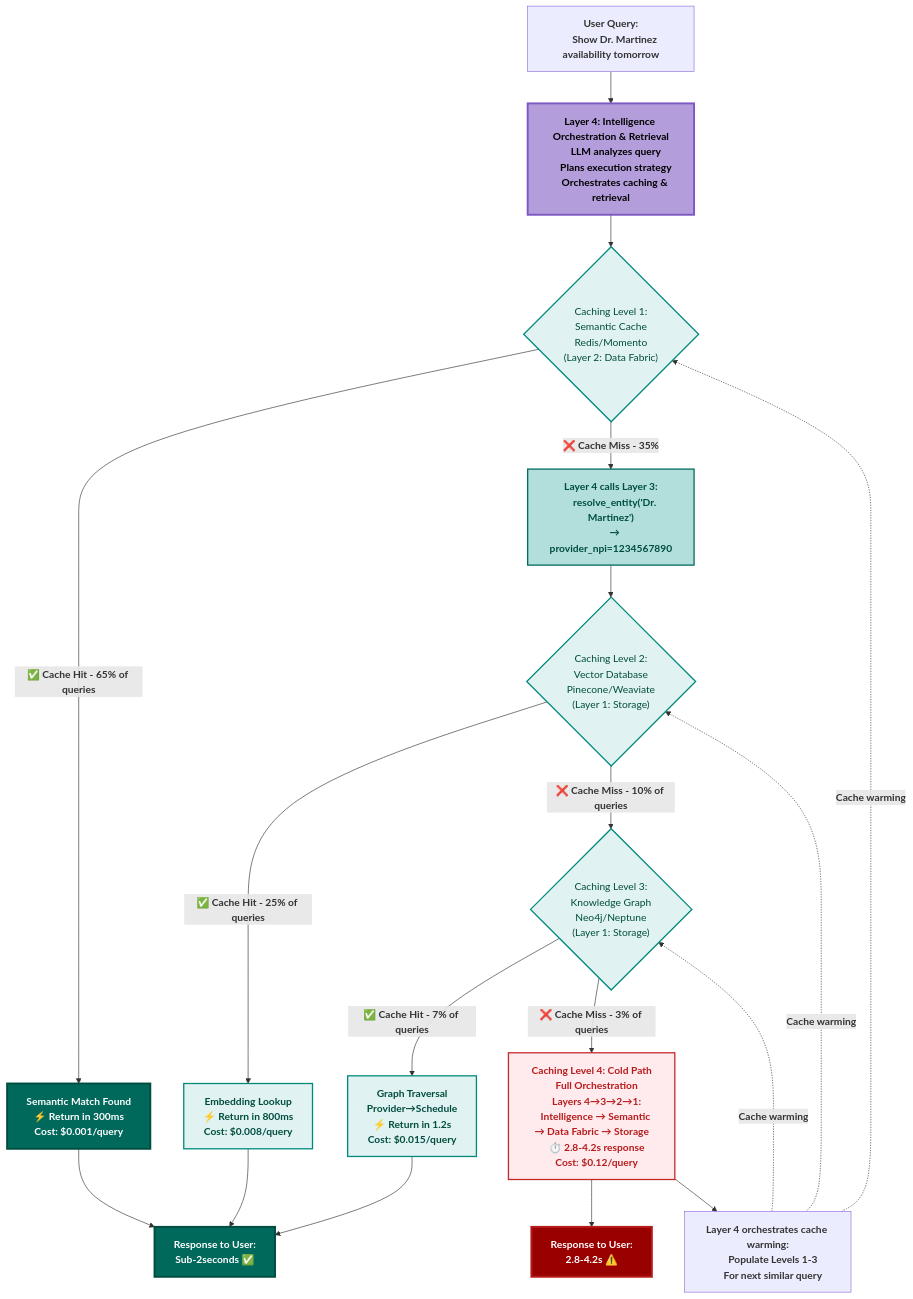
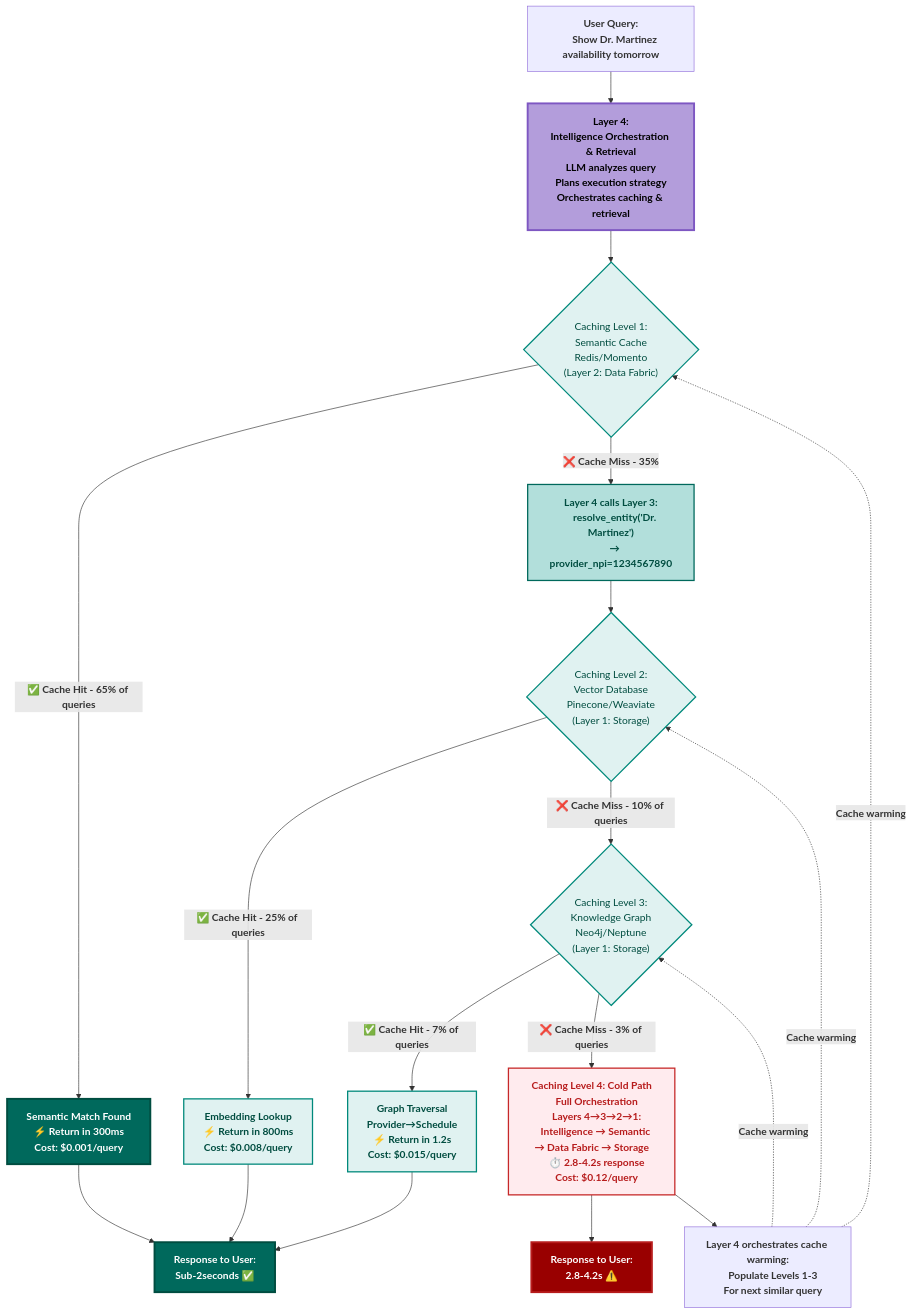
Before and after one commit to colaberry/enterprise-data-readiness-ai-agents: the fifth of 11 diagrams in chapter-02/chapter_2_complete.md, drawn with Mermaid. The commit also changed other lines of this file, not shown here.

````diff
--- a/chapter-02/chapter_2_complete.md
+++ b/chapter-02/chapter_2_complete.md
@@ -686,77 +686,74 @@
 ```mermaid
 graph TD
     Q["<b>User Query:
     Show Dr. Martinez availability tomorrow</b>"]
     
-    Q --> L4["<b>Layer 4: Intelligence Orchestration & Retrieval
-    LLM analyzes query
-    Plans execution strategy
-    Orchestrates caching & retrieval</b>"]
+    Q --> L4["<b>Layer 4:</b><br/><b>Intelligence Orchestration & Retrieval</b><br/><b>LLM analyzes query</b><br/><b>Plans execution strategy</b><br/><b>Orchestrates caching & retrieval</b>"]
     
     L4 --> L1{"Caching Level 1:
     Semantic Cache
     Redis/Momento
     (Layer 2: Data Fabric)"}
     
     L1 -->|<b>✅ Cache Hit - 65% of queries</b>| C1["<b>Semantic Match Found
     ⚡ Return in 300ms
     Cost: $0.001/query</b>"]
     
     L1 -->|<b>❌ Cache Miss - 35%</b>| RESOLVE["<b>Layer 4 calls Layer 3:
     resolve_entity('Dr. Martinez')
     → provider_npi=1234567890</b>"]
     
     RESOLVE --> L2{"Caching Level 2:
     Vector Database
     Pinecone/Weaviate
     (Layer 1: Storage)"}
     
     L2 -->|<b>✅ Cache Hit - 25% of queries</b>| C2["<b>Embedding Lookup
     ⚡ Return in 800ms
     Cost: $0.008/query</b>"]
     
     L2 -->|<b>❌ Cache Miss - 10% of queries</b>| L3{"Caching Level 3:
     Knowledge Graph
     Neo4j/Neptune
     (Layer 1: Storage)"}
     
     L3 -->|<b>✅ Cache Hit - 7% of queries</b>| C3["<b>Graph Traversal
     Provider→Schedule
     ⚡ Return in 1.2s
     Cost: $0.015/query</b>"]
     
     L3 -->|<b>❌ Cache Miss - 3% of queries</b>| COLD["<b>Caching Level 4: Cold Path
     Full Orchestration
     Layers 4→3→2→1:
     Intelligence → Semantic → Data Fabric → Storage
     ⏱️ 2.8-4.2s response
     Cost: $0.12/query</b>"]
     
     C1 --> R["<b>Response to User:
     Sub-2seconds ✅</b>"]
     C2 --> R
     C3 --> R
     COLD --> SLOW["<b>Response to User:
     2.8-4.2s ⚠️</b>"]
     
     COLD --> U["<b>Layer 4 orchestrates cache warming:
     Populate Levels 1-3
     For next similar query</b>"]
     
     U -.->|<b>Cache warming</b>| L1
     U -.->|<b>Cache warming</b>| L2
     U -.->|<b>Cache warming</b>| L3
     
     style L4 fill:#b39ddb,stroke:#7e57c2,stroke-width:3px,color:#000000
     style RESOLVE fill:#b2dfdb,stroke:#00695c,stroke-width:2px,color:#004d40
     style C1 fill:#00695c,color:#ffffff,stroke:#004d40,stroke-width:3px
     style C2 fill:#e0f2f1,stroke:#00897b,stroke-width:2px,color:#004d40
     style C3 fill:#e0f2f1,stroke:#00897b,stroke-width:2px,color:#004d40
     style COLD fill:#ffebee,stroke:#c62828,stroke-width:2px,color:#b71c1c
     style R fill:#00695c,color:#ffffff,stroke:#004d40,stroke-width:3px
     style SLOW fill:#990000,color:#ffffff,stroke:#b71c1c,stroke-width:3px
     
     style L1 fill:#e0f2f1,stroke:#00897b,stroke-width:2px,color:#004d40
     style L2 fill:#e0f2f1,stroke:#00897b,stroke-width:2px,color:#004d40
     style L3 fill:#e0f2f1,stroke:#00897b,stroke-width:2px,color:#004d40
 ```
````
